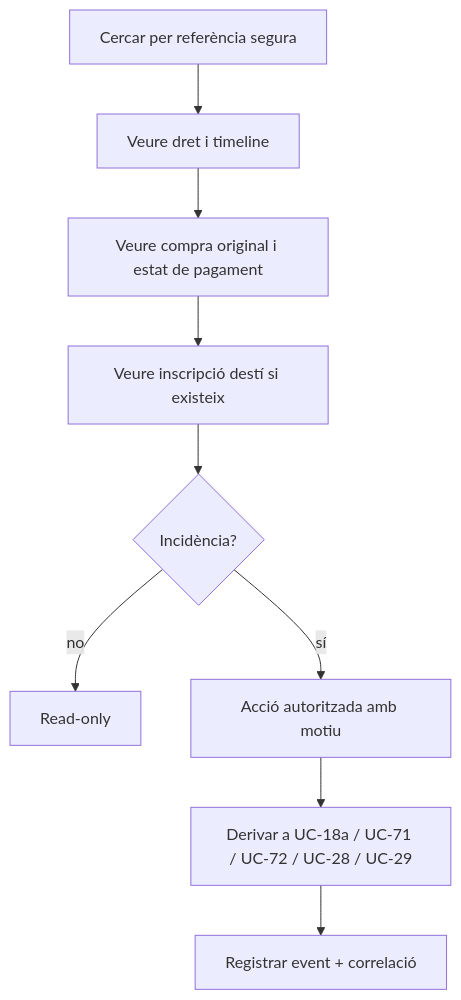
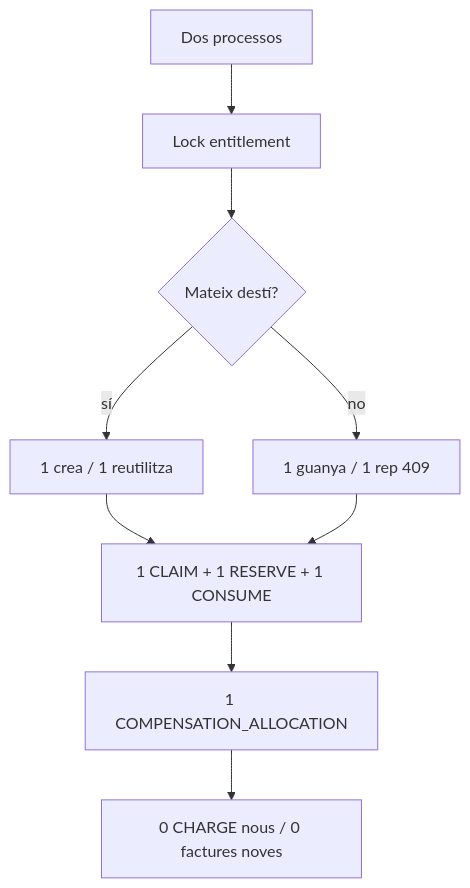
One commit to orgmeriemprismacat-del/verifactu changed the second of 2 diagrams in documentacio/07-uml-integrat/uc-018-activitats-pagines-bescanvi-regal-actual-final.md. Above: the diagram before and after it, drawn with Mermaid. The commit also changed other lines of this file, not shown here.

Commit message:
docs(UC-018): reconciliar uc-018-activitats-pagines-bescanvi-regal-actual-final.md amb implementació final

````diff
--- a/documentacio/07-uml-integrat/uc-018-activitats-pagines-bescanvi-regal-actual-final.md
+++ b/documentacio/07-uml-integrat/uc-018-activitats-pagines-bescanvi-regal-actual-final.md
@@ -56,11 +41,11 @@
 ```mermaid
 flowchart TD
-  A[Cercar per referència segura] --> B[Veure dret i timeline]
-  B --> C[Veure compra original i estat de pagament]
-  C --> D[Veure inscripció destí si existeix]
-  D --> E{Incidència?}
-  E -- no --> F[Read-only]
-  E -- sí --> G[Acció autoritzada amb motiu]
-  G --> H[Derivar a UC-18a / UC-71 / UC-72 / UC-28 / UC-29]
-  H --> I[Registrar event + correlació]
+A[Dos processos] --> B[Lock entitlement]
+B --> C{Mateix destí?}
+C -- sí --> D[1 crea / 1 reutilitza]
+C -- no --> E[1 guanya / 1 rep 409]
+D --> F[1 CLAIM + 1 RESERVE + 1 CONSUME]
+E --> F
+F --> G[1 COMPENSATION_ALLOCATION]
+G --> H[0 CHARGE nous / 0 factures noves]
 ```
````
